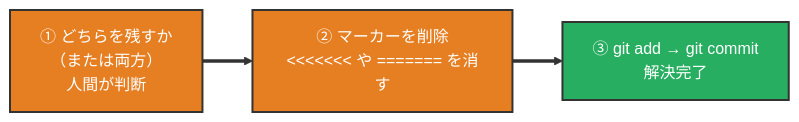
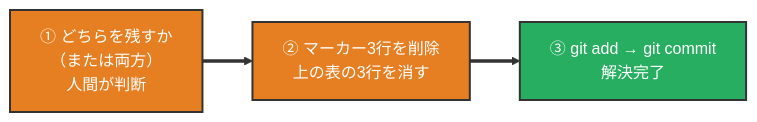
One commit to kasuyaofcb/tech_docs changed diagram 11 of 21 in 02_git/git.md. Above: the diagram before and after it, drawn with Mermaid. The commit also changed other lines of this file and 1 other file, not shown here.

````diff
--- a/02_git/git.md
+++ b/02_git/git.md
@@ -197,9 +534,9 @@
 ```mermaid
 flowchart LR
-    S1["① どちらを残すか<br/>（または両方）<br/>人間が判断"] ==> S2["② マーカーを削除<br/><<<<<<< や ======= を消す"]
+    S1["① どちらを残すか<br/>（または両方）<br/>人間が判断"] ==> S2["② マーカー3行を削除<br/>上の表の3行を消す"]
     S2 ==> S3["③ git add → git commit<br/>解決完了"]
 
     style S1 fill:#E67E22,color:#FFFFFF,stroke:#333,stroke-width:2px
     style S2 fill:#E67E22,color:#FFFFFF,stroke:#333,stroke-width:2px
     style S3 fill:#27AE60,color:#FFFFFF,stroke:#333,stroke-width:2px
 ```
````
